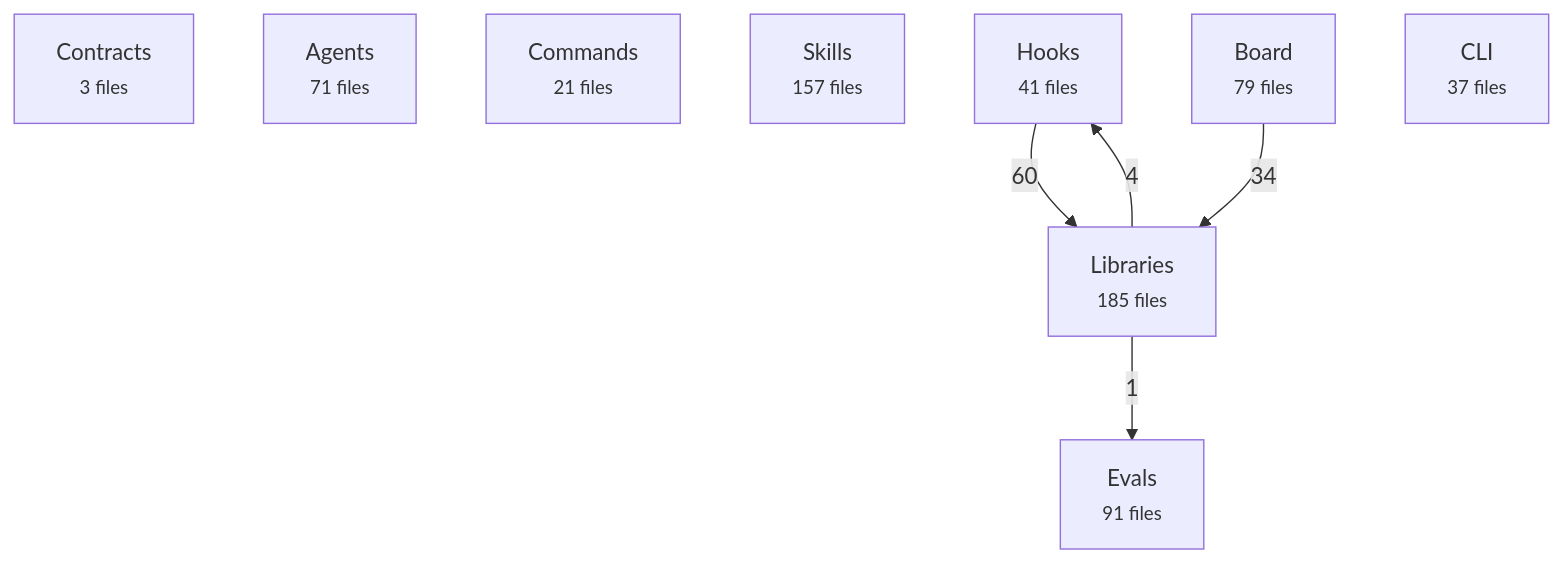
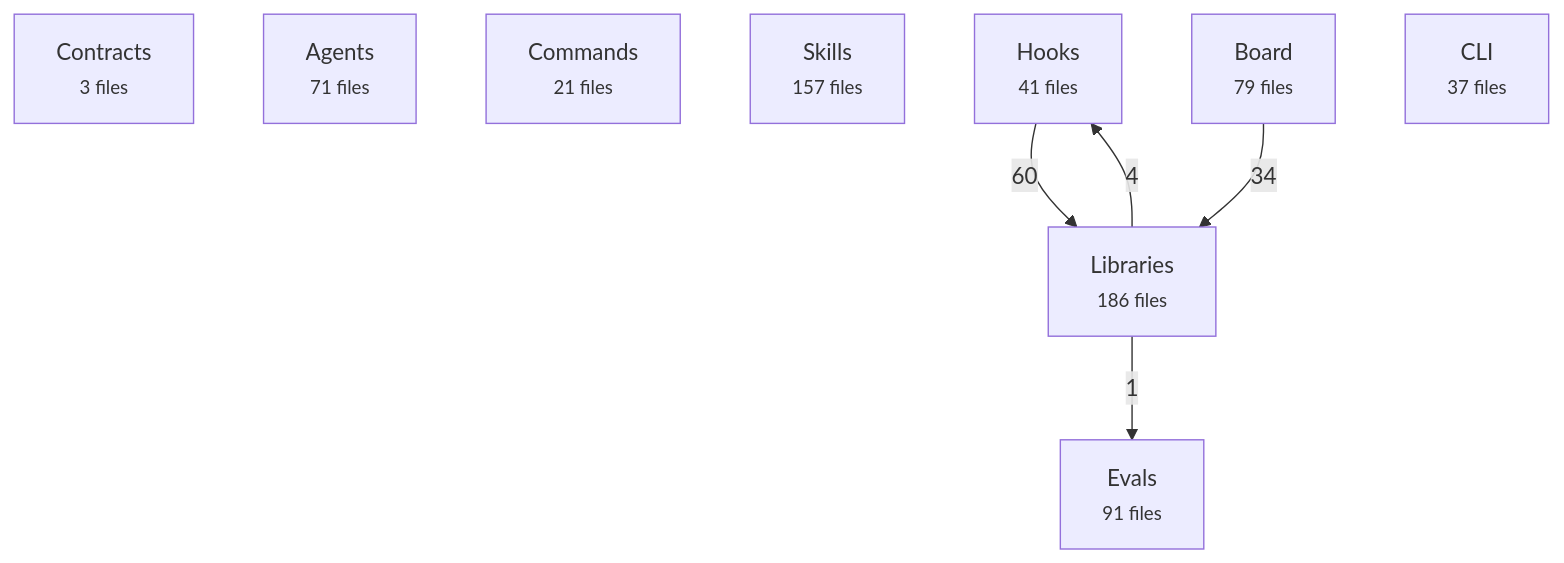
Before and after one commit to avelikiy/great_cto: the first of 2 diagrams in docs/reference/architecture-map.md, drawn with Mermaid. The commit also changed other lines of this file and 6 other files, not shown here.

````diff
--- a/docs/reference/architecture-map.md
+++ b/docs/reference/architecture-map.md
@@ -20,16 +20,16 @@
 ```mermaid
 flowchart TD
   contracts["Contracts<br/><small>3 files</small>"]
   agents["Agents<br/><small>71 files</small>"]
   commands["Commands<br/><small>21 files</small>"]
   skills["Skills<br/><small>157 files</small>"]
   hooks["Hooks<br/><small>41 files</small>"]
-  libs["Libraries<br/><small>185 files</small>"]
+  libs["Libraries<br/><small>186 files</small>"]
   board["Board<br/><small>79 files</small>"]
   cli["CLI<br/><small>37 files</small>"]
   evals["Evals<br/><small>91 files</small>"]
   hooks -->|60| libs
   board -->|34| libs
   libs -->|4| hooks
   libs -->|1| evals
 ```
````
